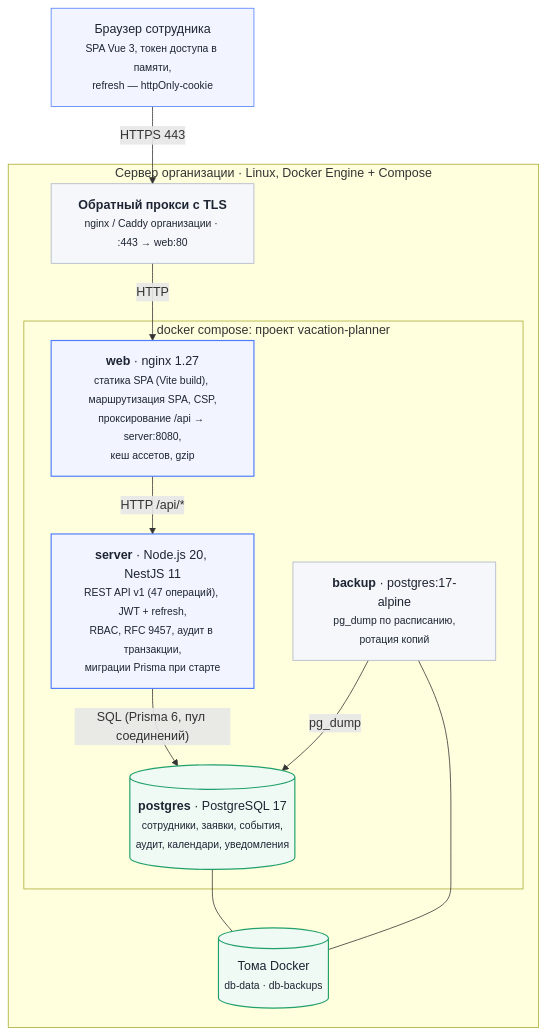
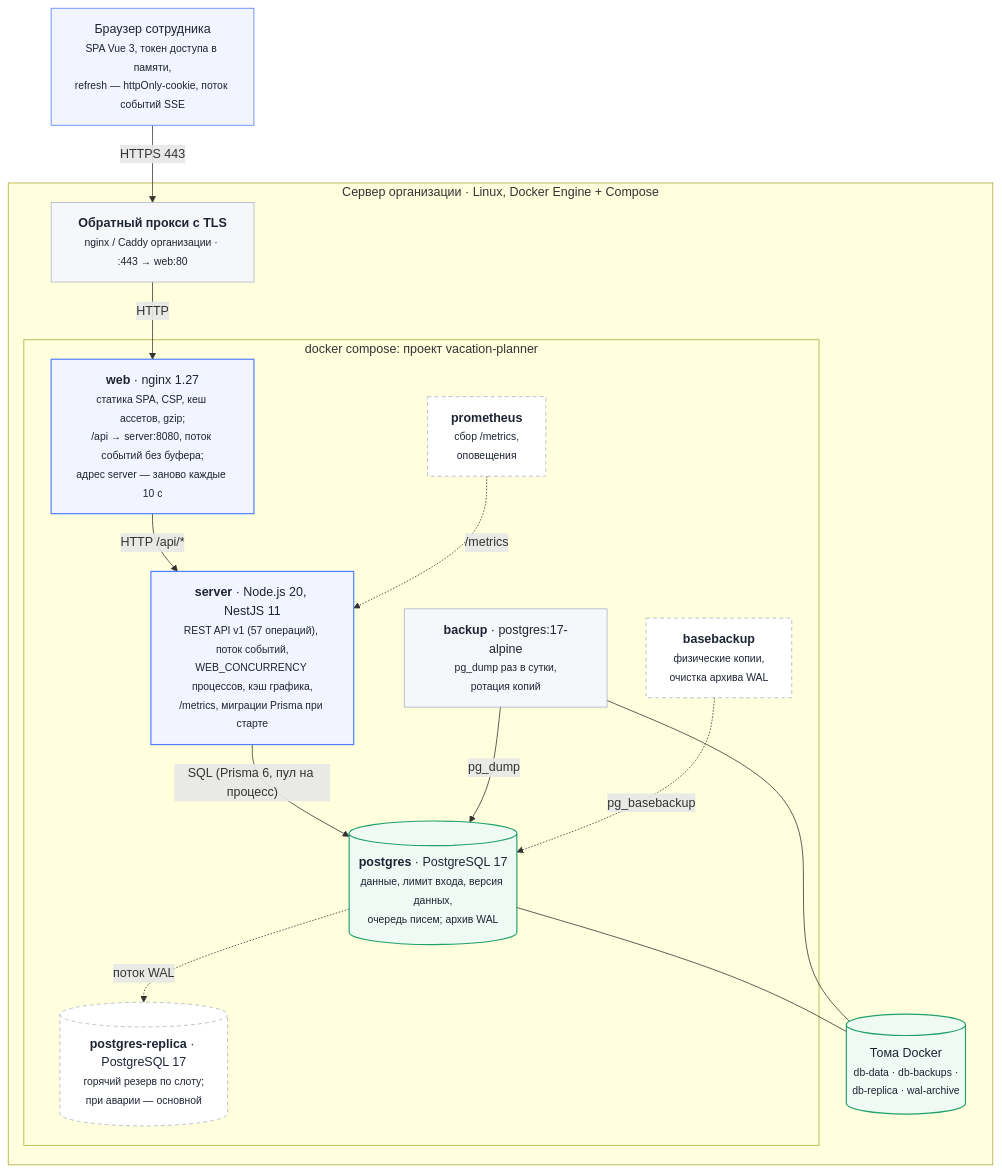
One commit to ayurasov/vacation-planner changed the diagram in docs/diagrams/a02-containers.mmd. Above: the diagram before and after it, drawn with Mermaid. The commit also changed 18 other files, not shown here.

First line of the commit message:
docs(v0.5.0): модель данных, бэклог, CI/CD, руководства, CHANGELOG; генератор --sse; версия 0.5.0

```diff
--- a/docs/diagrams/a02-containers.mmd
+++ b/docs/diagrams/a02-containers.mmd
@@ -1,26 +1,33 @@
 flowchart TB
   classDef client fill:#f2f5ff,stroke:#4f7cff,color:#1d2433
   classDef box fill:#f2f5ff,stroke:#4f7cff,stroke-width:1.5px,color:#1d2433
   classDef db fill:#effaf4,stroke:#22a06b,stroke-width:1.5px,color:#1d2433
   classDef ext fill:#f6f7fa,stroke:#a9b3c7,color:#1d2433
+  classDef opt fill:#ffffff,stroke:#a9b3c7,stroke-dasharray:5 4,color:#1d2433
 
-  U["Браузер сотрудника<br/><small>SPA Vue 3, токен доступа в памяти,<br/>refresh — httpOnly-cookie</small>"]:::client
+  U["Браузер сотрудника<br/><small>SPA Vue 3, токен доступа в памяти,<br/>refresh — httpOnly-cookie, поток событий SSE</small>"]:::client
 
   subgraph HOST["Сервер#nbsp;организации#nbsp;·#nbsp;Linux,#nbsp;Docker#nbsp;Engine#nbsp;+#nbsp;Compose"]
     RP["<b>Обратный прокси с TLS</b><br/><small>nginx / Caddy организации · :443 → web:80</small>"]:::ext
     subgraph NET["docker#nbsp;compose:#nbsp;проект#nbsp;vacation‑planner"]
-      WEB["<b>web</b> · nginx 1.27<br/><small>статика SPA (Vite build), маршрутизация SPA, CSP,<br/>проксирование /api → server:8080,<br/>кеш ассетов, gzip</small>"]:::box
-      API["<b>server</b> · Node.js 20, NestJS 11<br/><small>REST API v1 (47 операций), JWT + refresh,<br/>RBAC, RFC 9457, аудит в транзакции,<br/>миграции Prisma при старте</small>"]:::box
-      DB[("<b>postgres</b> · PostgreSQL 17<br/><small>сотрудники, заявки, события,<br/>аудит, календари, уведомления</small>")]:::db
-      BK["<b>backup</b> · postgres:17-alpine<br/><small>pg_dump по расписанию,<br/>ротация копий</small>"]:::ext
+      WEB["<b>web</b> · nginx 1.27<br/><small>статика SPA, CSP, кеш ассетов, gzip;<br/>/api → server:8080, поток событий без буфера;<br/>адрес server — заново каждые 10 с</small>"]:::box
+      API["<b>server</b> · Node.js 20, NestJS 11<br/><small>REST API v1 (57 операций), поток событий,<br/>WEB_CONCURRENCY процессов, кэш графика,<br/>/metrics, миграции Prisma при старте</small>"]:::box
+      DB[("<b>postgres</b> · PostgreSQL 17<br/><small>данные, лимит входа, версия данных,<br/>очередь писем; архив WAL</small>")]:::db
+      BK["<b>backup</b> · postgres:17-alpine<br/><small>pg_dump раз в сутки,<br/>ротация копий</small>"]:::ext
+      REP[("<b>postgres-replica</b> · PostgreSQL 17<br/><small>горячий резерв по слоту;<br/>при аварии — основной</small>")]:::opt
+      BB["<b>basebackup</b><br/><small>физические копии,<br/>очистка архива WAL</small>"]:::opt
+      PR["<b>prometheus</b><br/><small>сбор /metrics,<br/>оповещения</small>"]:::opt
     end
-    VOL[("Тома Docker<br/><small>db-data · db-backups</small>")]:::db
+    VOL[("Тома Docker<br/><small>db-data · db-backups ·<br/>db-replica · wal-archive</small>")]:::db
   end
 
   U -- "HTTPS 443" --> RP
   RP -- "HTTP" --> WEB
   WEB -- "HTTP /api/*" --> API
-  API -- "SQL (Prisma 6, пул соединений)" --> DB
+  API -- "SQL (Prisma 6, пул на процесс)" --> DB
   BK -- "pg_dump" --> DB
+  DB -. "поток WAL" .-> REP
+  BB -. "pg_basebackup" .-> DB
+  PR -. "/metrics" .-> API
   DB --- VOL
   BK --- VOL
```
